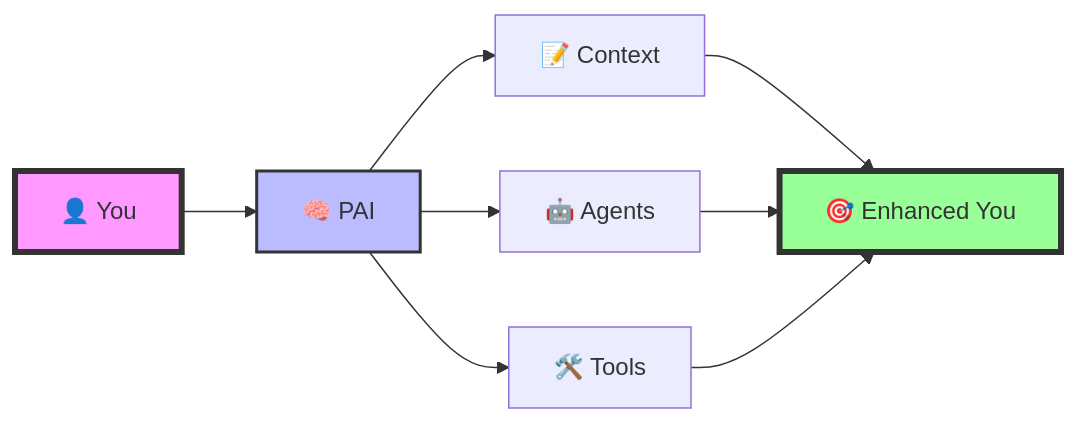
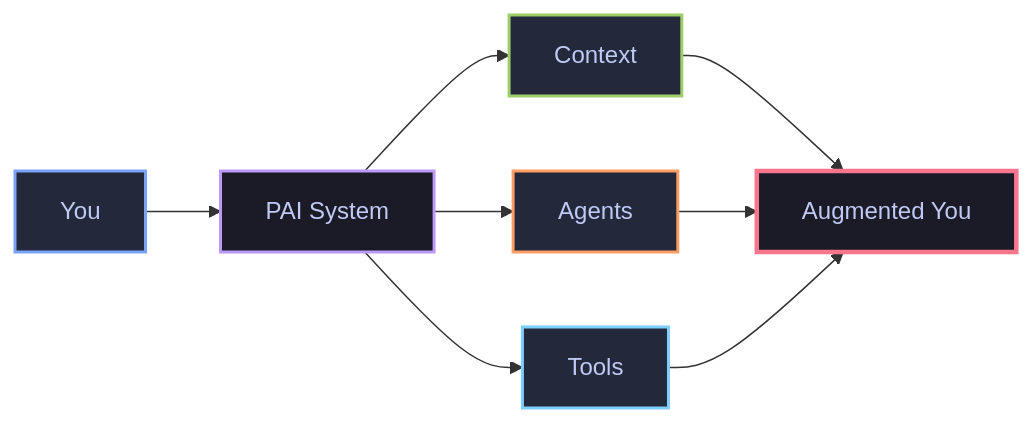
The diagram in README.md (Smartagent-so/Personal_AI_Infrastructure), drawn with Mermaid before and after one commit. The commit also changed other lines of this file, not shown here.

Commit message:
Use authentic language from PAI blog post, improve mermaid diagram with Tokyo Night colors

````diff
--- a/README.md
+++ b/README.md
@@ -85,13 +87,16 @@
 ```mermaid
 graph LR
-    A[👤 You] --> B[🧠 PAI]
-    B --> C[📝 Context]
-    B --> D[🤖 Agents]
-    B --> E[🛠️ Tools]
-    C --> F[🎯 Enhanced You]
+    A[You] --> B[PAI System]
+    B --> C[Context]
+    B --> D[Agents]
+    B --> E[Tools]
+    C --> F[Augmented You]
     D --> F
     E --> F
-    style A fill:#f9f,stroke:#333,stroke-width:4px
-    style F fill:#9f9,stroke:#333,stroke-width:4px
-    style B fill:#bbf,stroke:#333,stroke-width:2px
+    style A fill:#24283b,stroke:#7aa2f7,stroke-width:2px,color:#c0caf5
+    style B fill:#1a1b26,stroke:#bb9af7,stroke-width:2px,color:#c0caf5
+    style C fill:#24283b,stroke:#9ece6a,stroke-width:2px,color:#c0caf5
+    style D fill:#24283b,stroke:#ff9e64,stroke-width:2px,color:#c0caf5
+    style E fill:#24283b,stroke:#7dcfff,stroke-width:2px,color:#c0caf5
+    style F fill:#1a1b26,stroke:#f7768e,stroke-width:3px,color:#c0caf5
 ```
````
